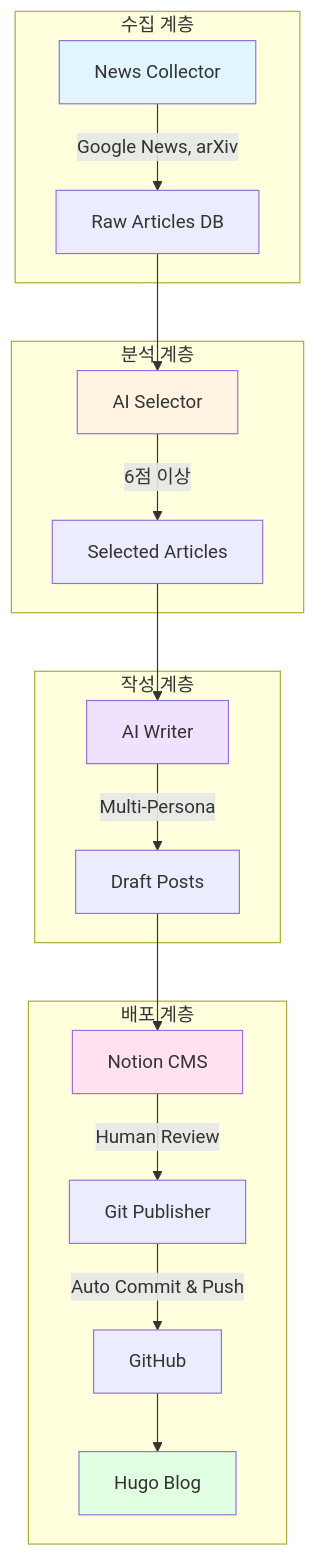
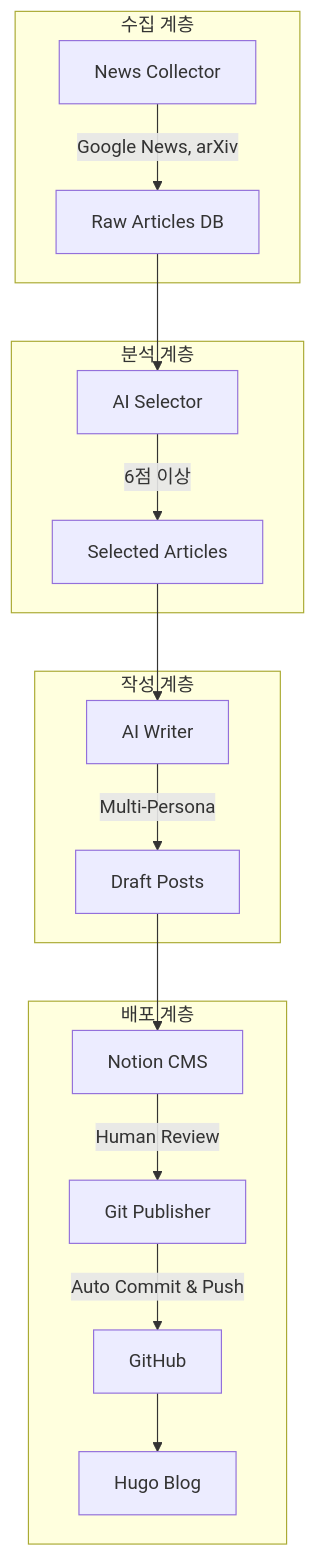
One commit to rebugui/rebugui.github.io changed the diagram in content/post/DevOps/-Intelligence-Agent-LLM-기반-블로그-파이프라인-자동화-구축기/index.md. Above: the diagram before and after it, drawn with Mermaid. The commit also changed 14 other files, not shown here.

First line of the commit message:
fix: 최근 3일간 블로그 Mermaid 다이어그램 스타일 제거

````diff
--- a/content/post/DevOps/-Intelligence-Agent-LLM-기반-블로그-파이프라인-자동화-구축기/index.md
+++ b/content/post/DevOps/-Intelligence-Agent-LLM-기반-블로그-파이프라인-자동화-구축기/index.md
@@ -27,29 +27,24 @@
 ```mermaid
 graph TD
     subgraph "수집 계층"
         A[News Collector] -->|Google News, arXiv| B[Raw Articles DB]
     end
     
     subgraph "분석 계층"
         B --> C[AI Selector]
         C -->|6점 이상| D[Selected Articles]
     end
     
     subgraph "작성 계층"
         D --> E[AI Writer]
         E -->|Multi-Persona| F[Draft Posts]
     end
     
     subgraph "배포 계층"
         F --> G[Notion CMS]
         G -->|Human Review| H[Git Publisher]
         H -->|Auto Commit & Push| I[GitHub]
         I --> J[Hugo Blog]
     end
     
-    style A fill:#e1f5ff
-    style C fill:#fff4e1
-    style E fill:#f0e1ff
-    style G fill:#ffe1f0
-    style J fill:#e1ffe1
 ```
````
